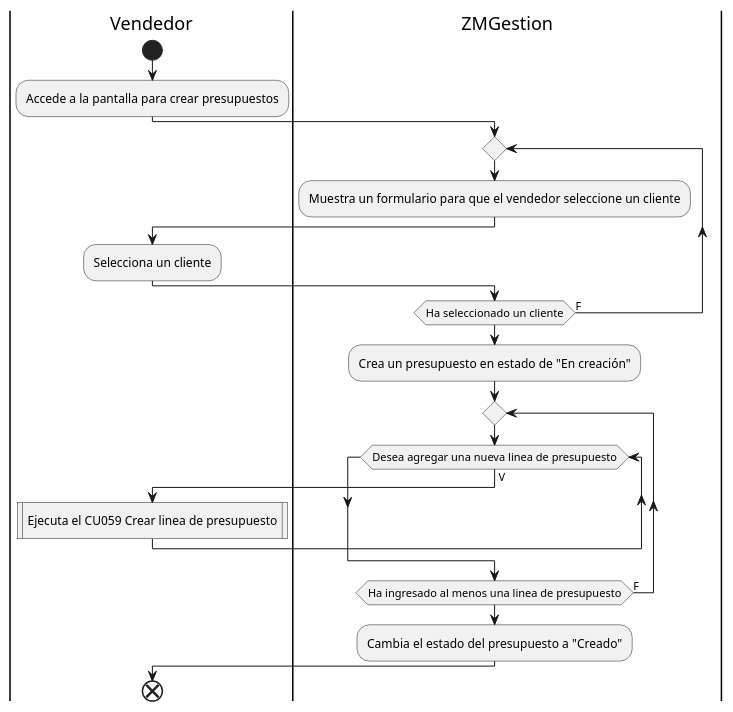
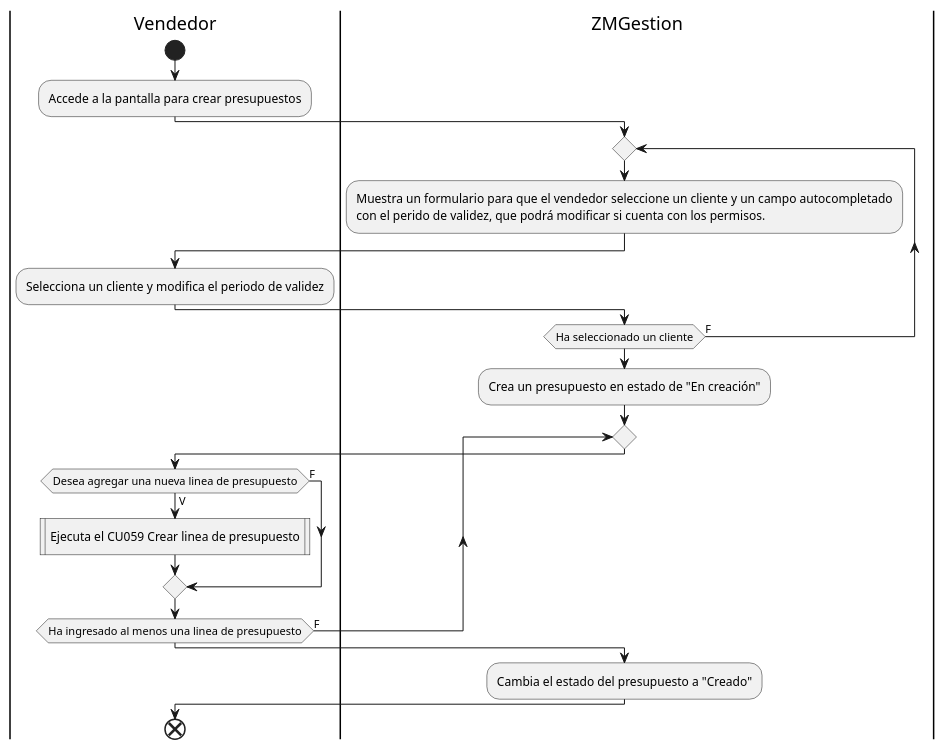
Before and after one commit to ZMGestion/DocumentacionZMGestion: the eighth of 26 diagrams in DiagramasActividad/DiagramaDeActividad.puml, drawn with PlantUML. The commit also changed other lines of this file and 8 other files, not shown here.

Commit message:
Cambios en DiagramasDeActividad

```diff
--- a/DiagramasActividad/DiagramaDeActividad.puml
+++ b/DiagramasActividad/DiagramaDeActividad.puml
@@ -115,23 +115,26 @@
 @startuml crearPresupuesto
 |Vendedor|
 start
 :Accede a la pantalla para crear presupuestos;
 |ZMGestion|
 repeat
-:Muestra un formulario para que el vendedor seleccione un cliente;
+:Muestra un formulario para que el vendedor seleccione un cliente y un campo autocompletado
+con el perido de validez, que podrá modificar si cuenta con los permisos.;
 |Vendedor|
-:Selecciona un cliente;
+:Selecciona un cliente y modifica el periodo de validez;
 |ZMGestion|
 repeat while(Ha seleccionado un cliente) is (F)
 :Crea un presupuesto en estado de "En creación";
 repeat
-while(Desea agregar una nueva linea de presupuesto) is (V)
 |Vendedor|
+if (Desea agregar una nueva linea de presupuesto) then (V)
 :Ejecuta el CU059 Crear linea de presupuesto|
-end while
+else (F)
+endif
+repeat while(Ha ingresado al menos una linea de presupuesto) is (F)
 |ZMGestion|
-repeat while(Ha ingresado al menos una linea de presupuesto) is (F)
+
 :Cambia el estado del presupuesto a "Creado";
 |Vendedor|
 end
 @enduml
```
